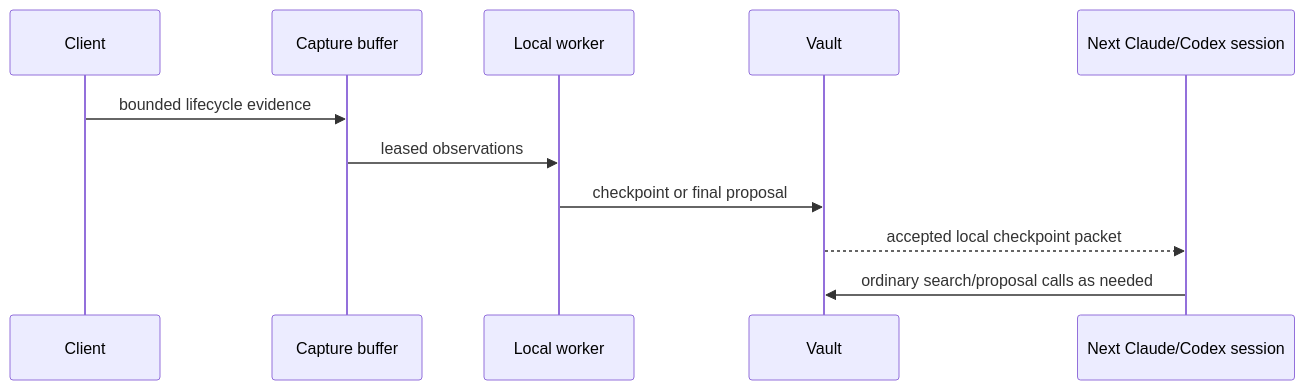
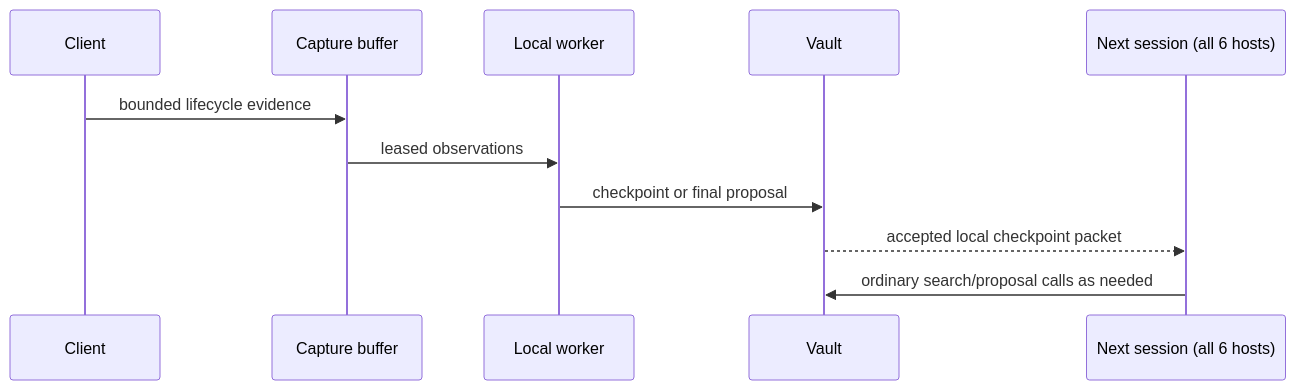
The third of 3 diagrams in README.md (vib28/ai-memory-hub), drawn with Mermaid before and after one commit. The commit also changed other lines of this file and 3 other files, not shown here.

````diff
--- a/README.md
+++ b/README.md
@@ -246,13 +251,13 @@
 ```mermaid
 sequenceDiagram
     participant C as Client
     participant B as Capture buffer
     participant W as Local worker
     participant V as Vault
-    participant N as Next Claude/Codex session
+    participant N as Next session (all 6 hosts)
     C->>B: bounded lifecycle evidence
     B->>W: leased observations
     W->>V: checkpoint or final proposal
     V-->>N: accepted local checkpoint packet
     N->>V: ordinary search/proposal calls as needed
 ```
````
